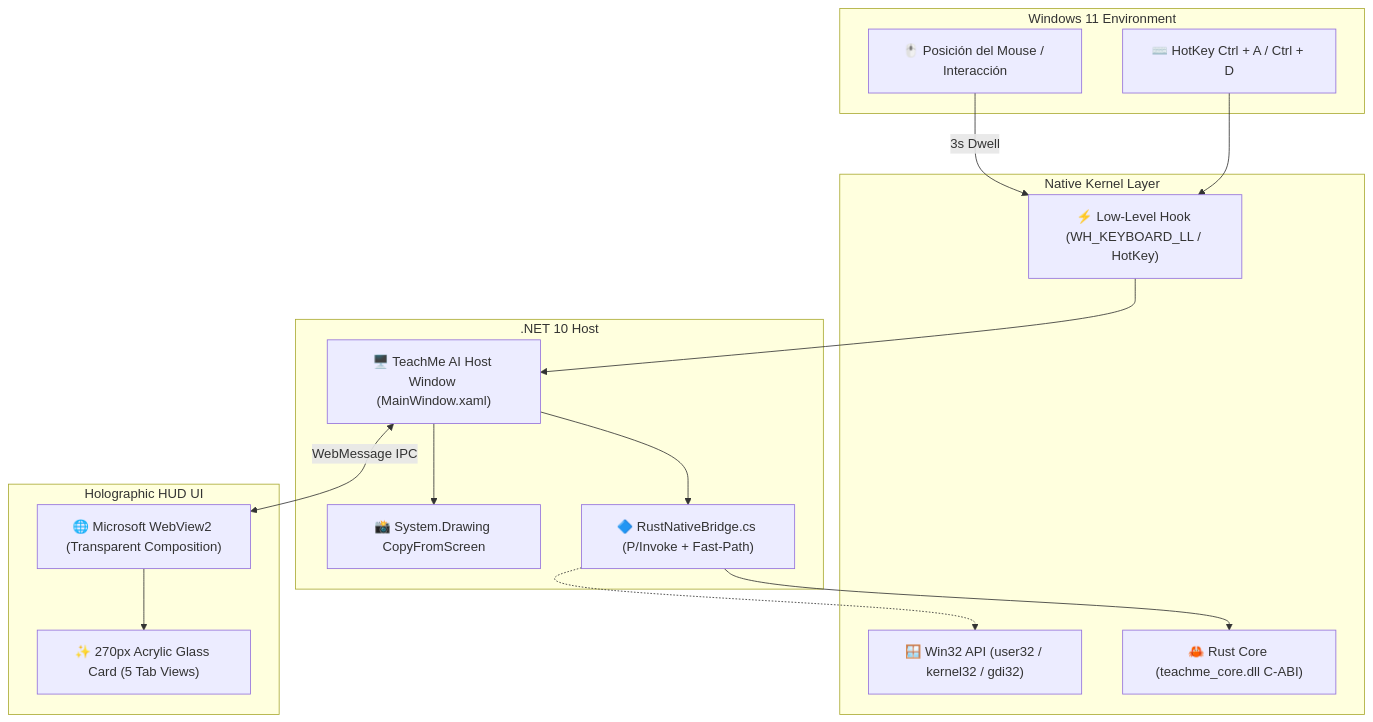
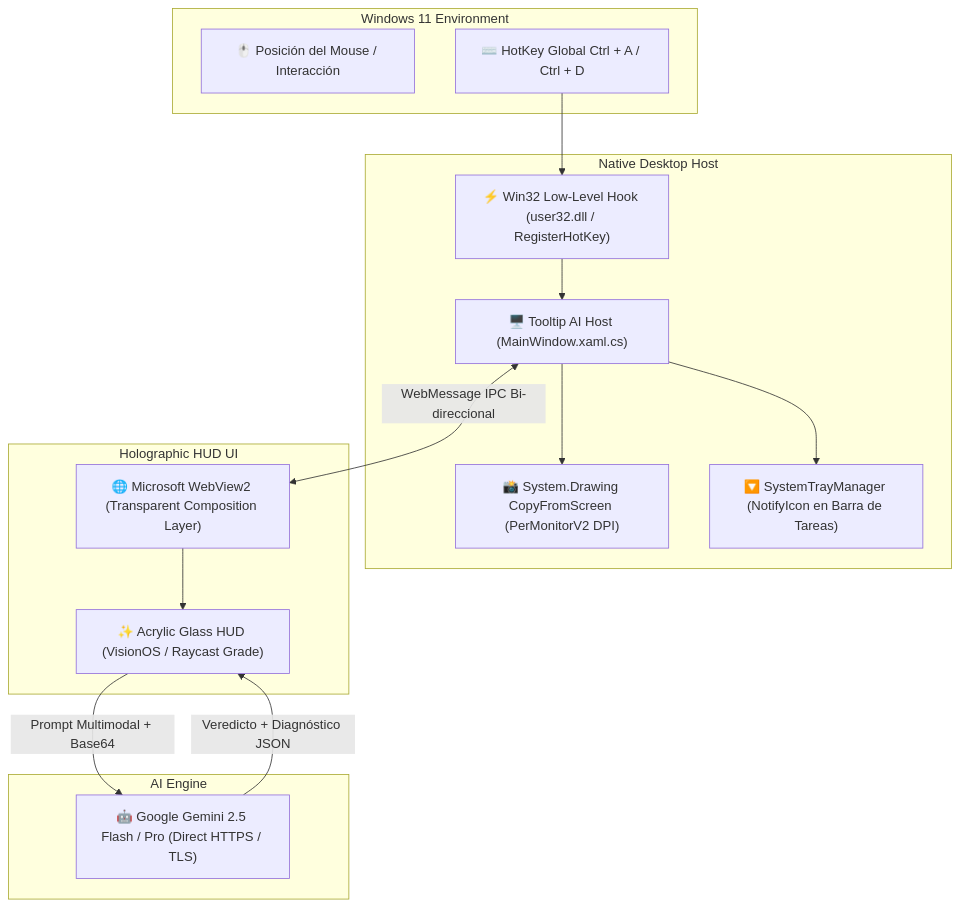
Before and after one commit to dixi3stdgdl-design/TeachMe-AI: the diagram in README.md, drawn with Mermaid. The commit also changed other lines of this file and 69 other files, not shown here.

````diff
--- a/README.md
+++ b/README.md
@@ -41,34 +73,32 @@
 ```mermaid
 flowchart TD
     subgraph Windows 11 Environment
         Cursor[🖱️ Posición del Mouse / Interacción]
-        Kbd[⌨️ HotKey Ctrl + A / Ctrl + D]
+        Kbd[⌨️ HotKey Global Ctrl + A / Ctrl + D]
     end
 
-    subgraph Native Kernel Layer
-        Hook["⚡ Low-Level Hook (WH_KEYBOARD_LL / HotKey)"]
-        RustLib["🦀 Rust Core (teachme_core.dll C-ABI)"]
-        Win32API["🪟 Win32 API (user32 / kernel32 / gdi32)"]
-    end
-
-    subgraph .NET 10 Host
-        Bridge["🔷 RustNativeBridge.cs (P/Invoke + Fast-Path)"]
-        WPF["🖥️ TeachMe AI Host Window (MainWindow.xaml)"]
-        ScreenCap["📸 System.Drawing CopyFromScreen"]
+    subgraph Native Desktop Host
+        Hook["⚡ Win32 Low-Level Hook (user32.dll / RegisterHotKey)"]
+        WPF["🖥️ Tooltip AI Host (MainWindow.xaml.cs)"]
+        ScreenCap["📸 System.Drawing CopyFromScreen (PerMonitorV2 DPI)"]
+        Tray["🔽 SystemTrayManager (NotifyIcon en Barra de Tareas)"]
     end
 
     subgraph Holographic HUD UI
-        WV2["🌐 Microsoft WebView2 (Transparent Composition)"]
-        HUD["✨ 270px Acrylic Glass Card (5 Tab Views)"]
+        WV2["🌐 Microsoft WebView2 (Transparent Composition Layer)"]
+        HUD["✨ Acrylic Glass HUD (VisionOS / Raycast Grade)"]
     end
 
-    Cursor -->|3s Dwell| Hook
+    subgraph AI Engine
+        Gemini["🤖 Google Gemini 2.5 Flash / Pro (Direct HTTPS / TLS)"]
+    end
+
     Kbd --> Hook
     Hook --> WPF
-    WPF --> Bridge
-    Bridge --> RustLib
-    Bridge -.-> Win32API
     WPF --> ScreenCap
-    WPF <-->|WebMessage IPC| WV2
+    WPF --> Tray
+    WPF <-->|WebMessage IPC Bi-direccional| WV2
     WV2 --> HUD
+    HUD -->|Prompt Multimodal + Base64| Gemini
+    Gemini -->|Veredicto + Diagnóstico JSON| HUD
 ```
````
